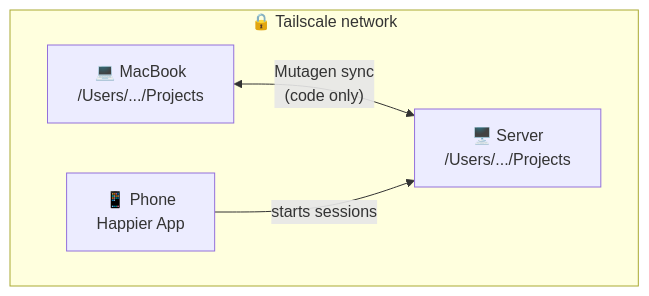
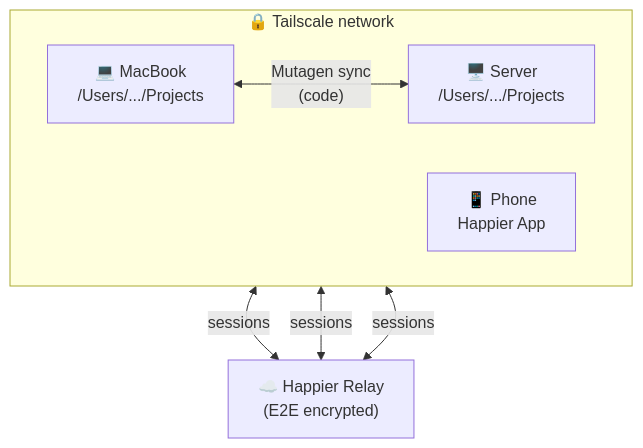
The first of 2 diagrams in README.md (lucharo/always-on-claude), drawn with Mermaid before and after one commit. The commit also changed other lines of this file and 8 other files, not shown here.

First line of the commit message:
v3.0.0: conversation sync via Happier relay

````diff
--- a/README.md
+++ b/README.md
@@ -36,13 +30,18 @@
 ```mermaid
 flowchart TB
     subgraph Tailscale["🔒 Tailscale network"]
         direction LR
 
         MacBook["💻 MacBook<br/>/Users/.../Projects"]
         Server["🖥️ Server<br/>/Users/.../Projects"]
         Phone["📱 Phone<br/>Happier App"]
 
-        MacBook <-->|"Mutagen sync<br/>(code only)"| Server
-        Phone -->|"starts sessions"| Server
+        MacBook <-->|"Mutagen sync<br/>(code)"| Server
     end
+
+    Relay["☁️ Happier Relay<br/>(E2E encrypted)"]
+
+    MacBook <-->|"sessions"| Relay
+    Server <-->|"sessions"| Relay
+    Phone <-->|"sessions"| Relay
 ```
````
